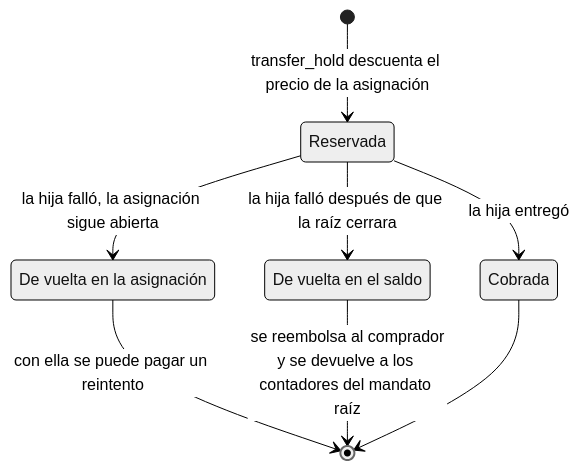
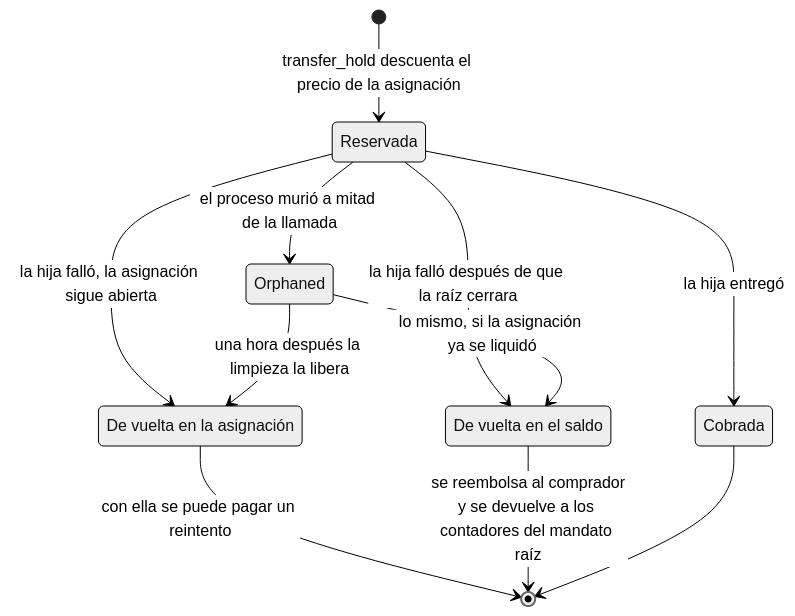
The fourth of 8 diagrams in docs/subcontracting.es.md (alexar76/aimarket-hub), drawn with Mermaid (neutral theme) before and after one commit. The commit also changed other lines of this file and 34 other files, not shown here.

````diff
--- a/docs/subcontracting.es.md
+++ b/docs/subcontracting.es.md
@@ -240,14 +242,17 @@
 ```mermaid
 stateDiagram-v2
     state "Reservada" as Held
     state "Cobrada" as Captured
     state "De vuelta en la asignación" as BackToAllowance
     state "De vuelta en el saldo" as BackToBalance
     [*] --> Held: transfer_hold descuenta el precio de la asignación
     Held --> Captured: la hija entregó
     Held --> BackToAllowance: la hija falló, la asignación sigue abierta
     Held --> BackToBalance: la hija falló después de que la raíz cerrara
+    Held --> Orphaned: el proceso murió a mitad de la llamada
+    Orphaned --> BackToAllowance: una hora después la limpieza la libera
+    Orphaned --> BackToBalance: lo mismo, si la asignación ya se liquidó
     BackToAllowance --> [*]: con ella se puede pagar un reintento
     BackToBalance --> [*]: se reembolsa al comprador<br/>y se devuelve a los contadores del mandato raíz
     Captured --> [*]
 ```
````
